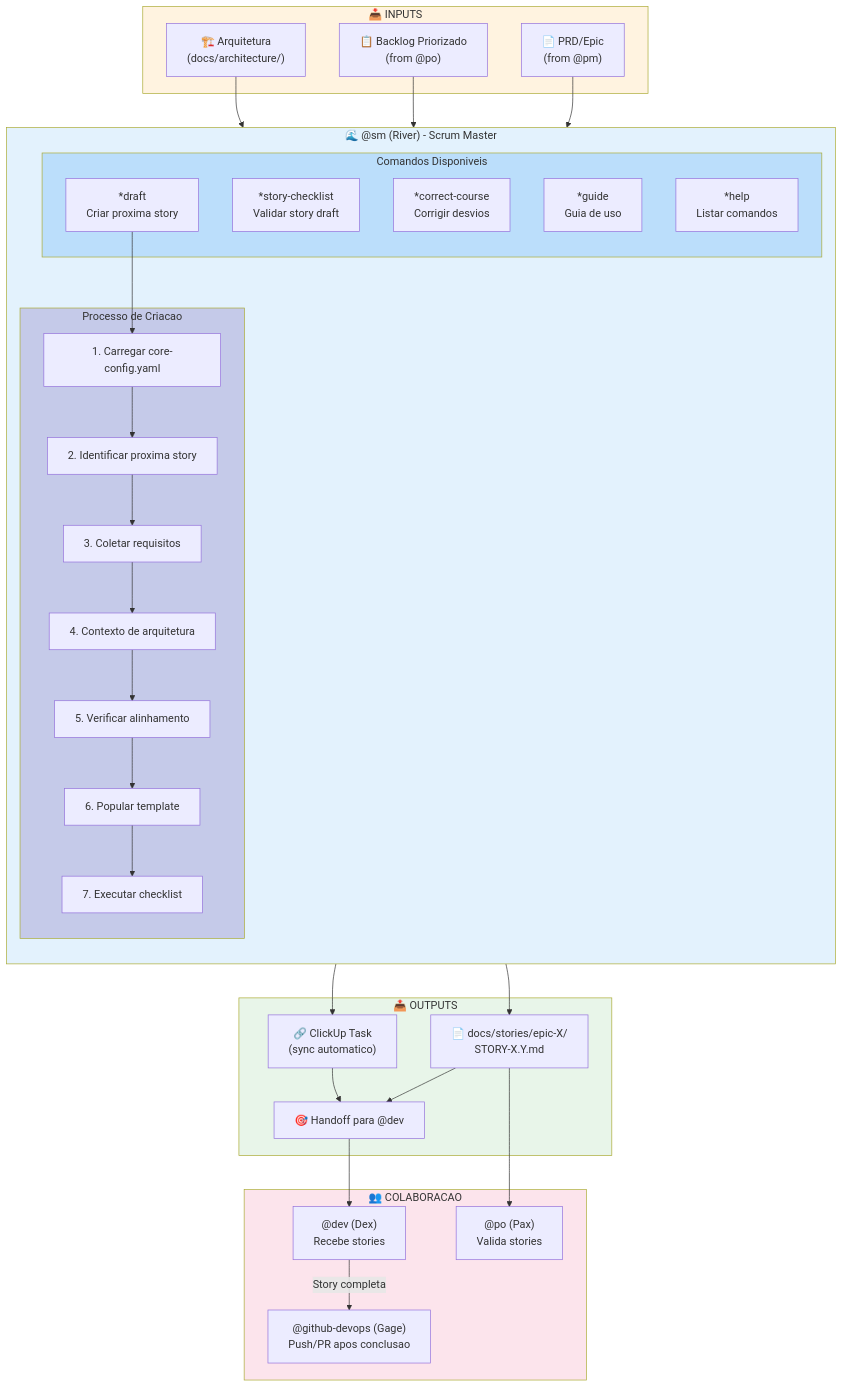
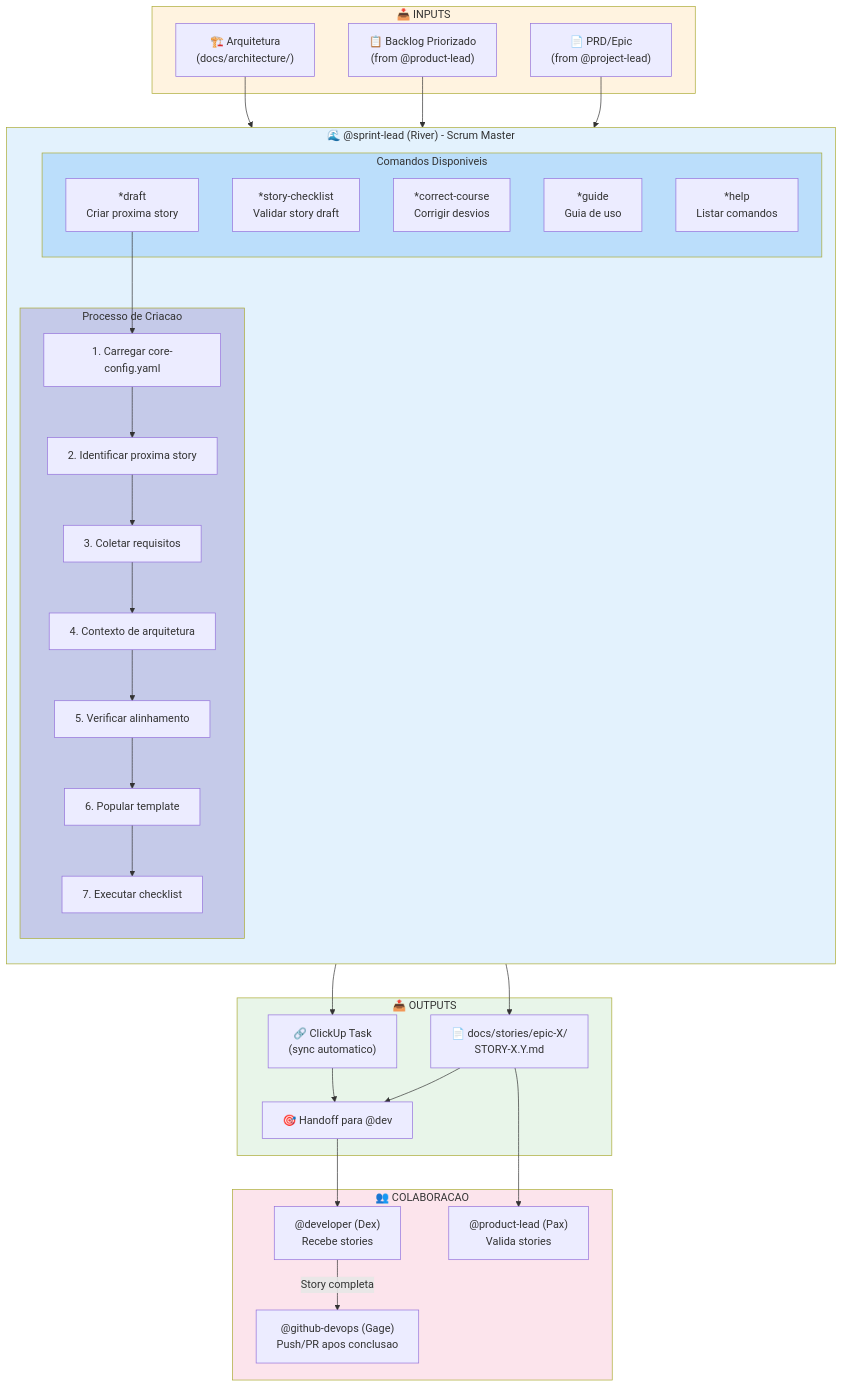
The first of 4 diagrams in docs/guides/agents/SM-SYSTEM.md (caioimori/sinapse-ai), drawn with Mermaid before and after one commit. The commit also changed other lines of this file and 873 other files, not shown here.

````diff
--- a/docs/guides/agents/SM-SYSTEM.md
+++ b/docs/guides/agents/SM-SYSTEM.md
@@ -93,71 +93,71 @@
 ```mermaid
 flowchart TB
     subgraph INPUTS["📥 INPUTS"]
-        PRD["📄 PRD/Epic<br/>(from @pm)"]
-        BACKLOG["📋 Backlog Priorizado<br/>(from @po)"]
+        PRD["📄 PRD/Epic<br/>(from @project-lead)"]
+        BACKLOG["📋 Backlog Priorizado<br/>(from @product-lead)"]
         ARCH["🏗️ Arquitetura<br/>(docs/architecture/)"]
     end
 
-    subgraph SM_AGENT["🌊 @sm (River) - Scrum Master"]
+    subgraph SM_AGENT["🌊 @sprint-lead (River) - Scrum Master"]
         direction TB
 
         subgraph COMMANDS["Comandos Disponiveis"]
             DRAFT["*draft<br/>Criar proxima story"]
             CHECKLIST["*story-checklist<br/>Validar story draft"]
             CORRECT["*correct-course<br/>Corrigir desvios"]
             GUIDE["*guide<br/>Guia de uso"]
             HELP["*help<br/>Listar comandos"]
         end
 
         subgraph PROCESS["Processo de Criacao"]
             LOAD_CONFIG["1. Carregar core-config.yaml"]
             IDENTIFY_STORY["2. Identificar proxima story"]
             GATHER_REQS["3. Coletar requisitos"]
             GATHER_ARCH["4. Contexto de arquitetura"]
             VERIFY_STRUCTURE["5. Verificar alinhamento"]
             POPULATE["6. Popular template"]
             VALIDATE["7. Executar checklist"]
         end
     end
 
     PRD --> IDENTIFY_STORY
     BACKLOG --> IDENTIFY_STORY
     ARCH --> GATHER_ARCH
 
     DRAFT --> LOAD_CONFIG
     LOAD_CONFIG --> IDENTIFY_STORY
     IDENTIFY_STORY --> GATHER_REQS
     GATHER_REQS --> GATHER_ARCH
     GATHER_ARCH --> VERIFY_STRUCTURE
     VERIFY_STRUCTURE --> POPULATE
     POPULATE --> VALIDATE
 
     VALIDATE --> STORY_FILE["📄 docs/stories/epic-X/<br/>STORY-X.Y.md"]
     VALIDATE --> CLICKUP["🔗 ClickUp Task<br/>(sync automatico)"]
 
     subgraph OUTPUTS["📤 OUTPUTS"]
         STORY_FILE
         CLICKUP
         HANDOFF["🎯 Handoff para @dev"]
     end
 
     STORY_FILE --> HANDOFF
     CLICKUP --> HANDOFF
 
     subgraph COLLABORATION["👥 COLABORACAO"]
-        DEV_AGENT["@dev (Dex)<br/>Recebe stories"]
-        PO_AGENT["@po (Pax)<br/>Valida stories"]
+        DEV_AGENT["@developer (Dex)<br/>Recebe stories"]
+        PO_AGENT["@product-lead (Pax)<br/>Valida stories"]
         DEVOPS_AGENT["@github-devops (Gage)<br/>Push/PR apos conclusao"]
     end
 
     HANDOFF --> DEV_AGENT
     STORY_FILE --> PO_AGENT
     DEV_AGENT -->|"Story completa"| DEVOPS_AGENT
 
     style SM_AGENT fill:#e3f2fd
     style INPUTS fill:#fff3e0
     style OUTPUTS fill:#e8f5e9
     style COLLABORATION fill:#fce4ec
     style COMMANDS fill:#bbdefb
     style PROCESS fill:#c5cae9
 ```
````
